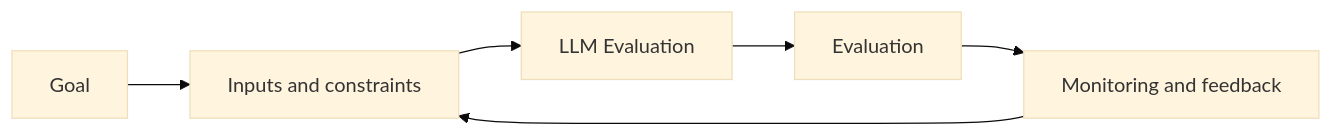
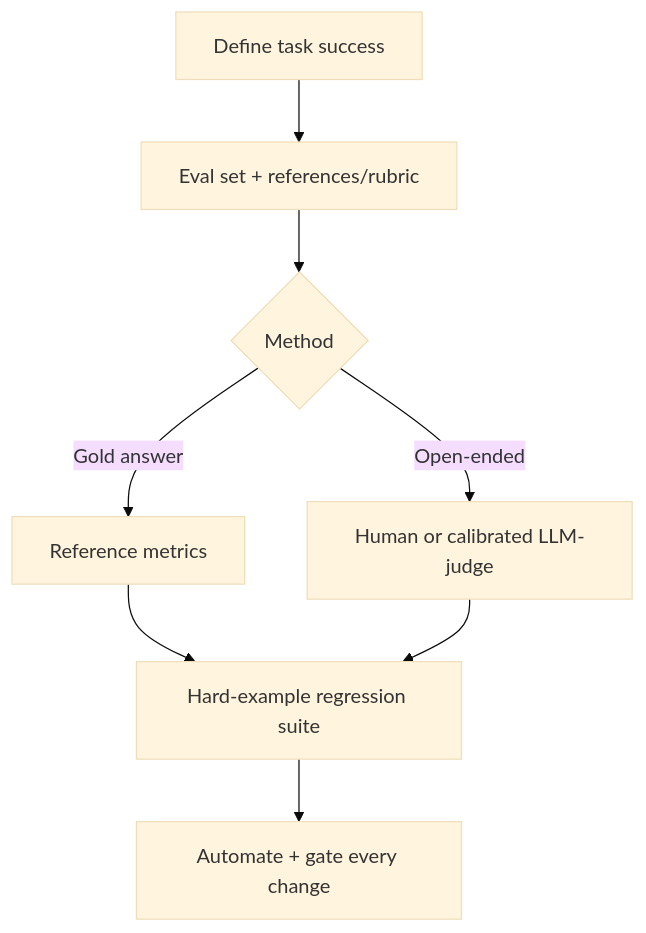
The diagram in llms/10-llm-evaluation.md (Icon1cc/Machine-Learning), drawn with Mermaid (base theme) before and after one commit. The commit also changed other lines of this file and 118 other files, not shown here.

````diff
--- a/llms/10-llm-evaluation.md
+++ b/llms/10-llm-evaluation.md
@@ -93,8 +71,10 @@
 ```mermaid
-flowchart LR
-    A[Goal] --> B[Inputs and constraints]
-    B --> C[LLM Evaluation]
-    C --> D[Evaluation]
-    D --> E[Monitoring and feedback]
-    E --> B
+flowchart TD
+    A[Define task success] --> B[Eval set + references/rubric]
+    B --> C{Method}
+    C -- Gold answer --> D[Reference metrics]
+    C -- Open-ended --> E[Human or calibrated LLM-judge]
+    D --> F[Hard-example regression suite]
+    E --> F
+    F --> G[Automate + gate every change]
 ```
````
